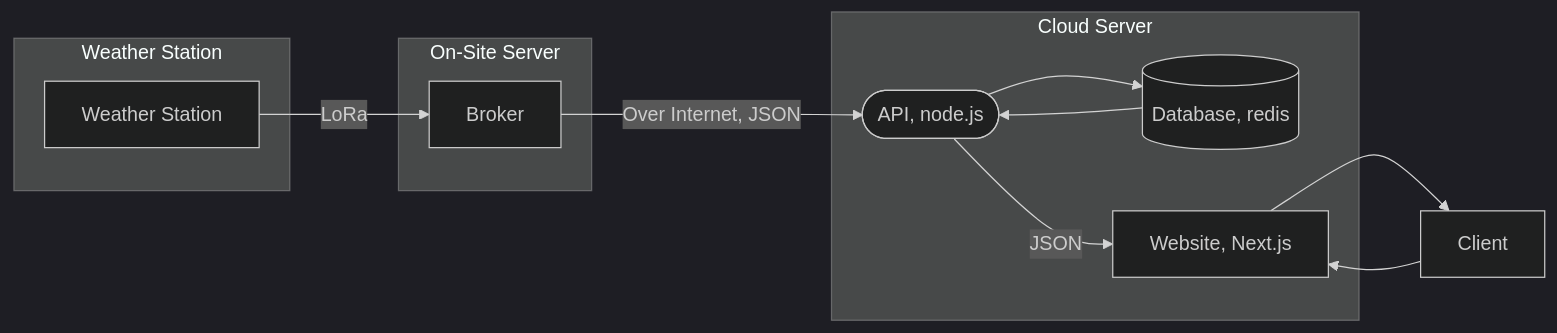
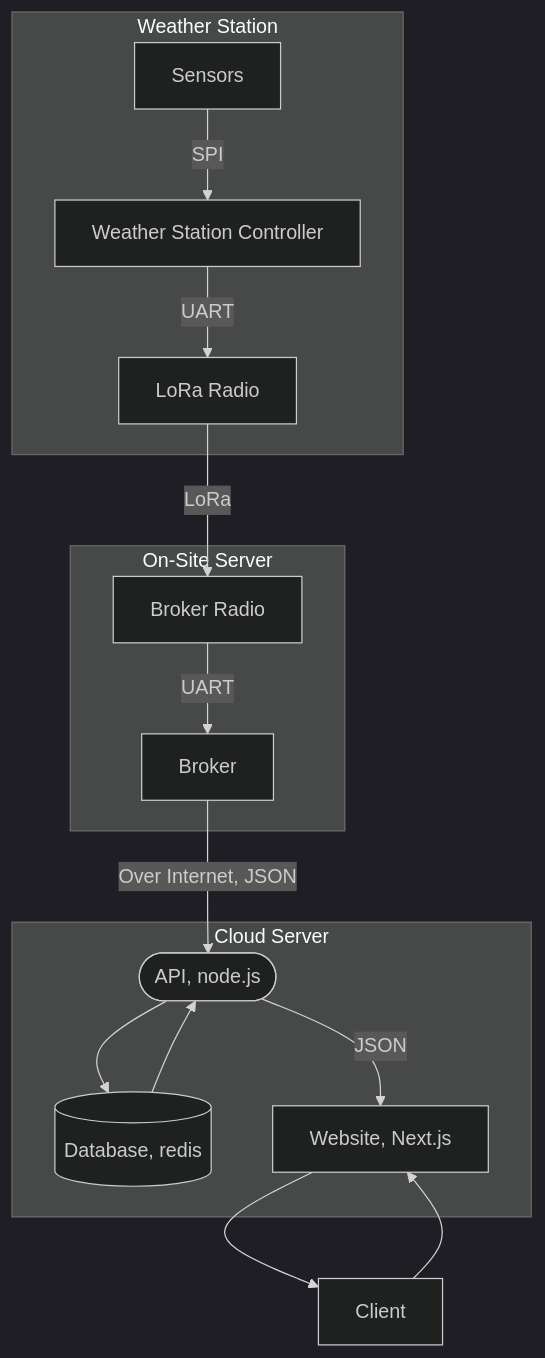
Before and after one commit to ece398-buvip/vip-weather-docs: the diagram in docs/index.md, drawn with Mermaid (dark theme). The commit also changed other lines of this file and 114 other files, not shown here.

````diff
--- a/docs/index.md
+++ b/docs/index.md
@@ -24,18 +24,22 @@
 ```mermaid
-graph LR
+graph TD
     subgraph Weather Station
-    ws[Weather Station]
+        sen[Sensors]
+        ws[Weather Station Controller]
+        lr[LoRa Radio]
+        sen -->|SPI| ws
+        ws -->|UART| lr
     end
-    ws[Weather Station] -->|LoRa| b[Broker]
+    lr -->|LoRa| blr[Broker Radio]
     subgraph On-Site Server
-    b
+        blr -->|UART| b[Broker]
     end
     b -->|Over Internet, JSON| api([API, node.js])
     subgraph Cloud Server
-    api --> db[(Database, redis)]
-    db --> api
-    api -->|JSON| web[Website, Next.js]
+        api --> db[(Database, redis)]
+        db --> api
+        api -->|JSON| web[Website, Next.js]
     end
     c[Client] --> web
     web --> c
 ```
````
